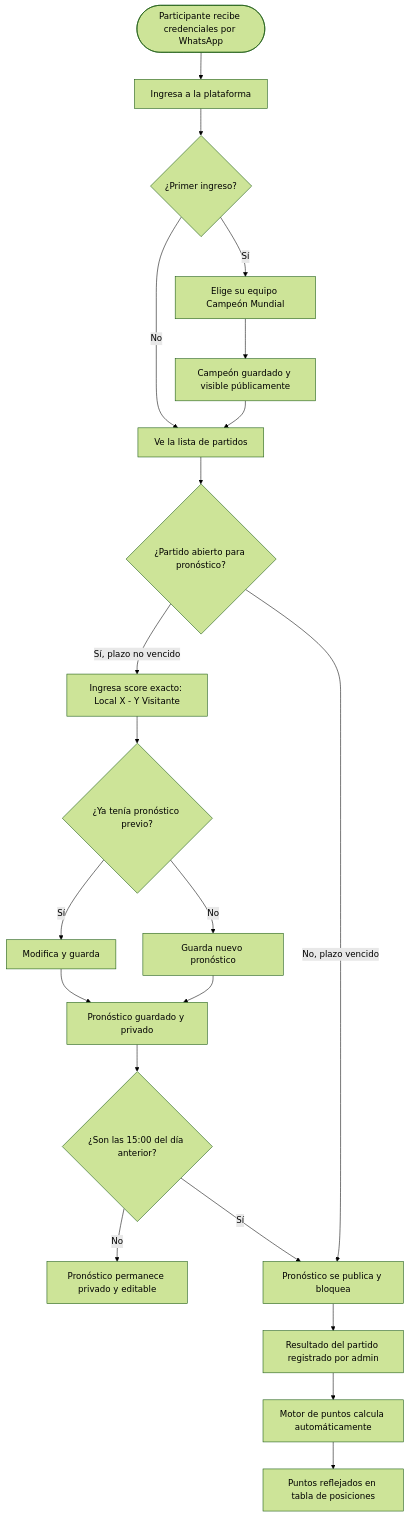
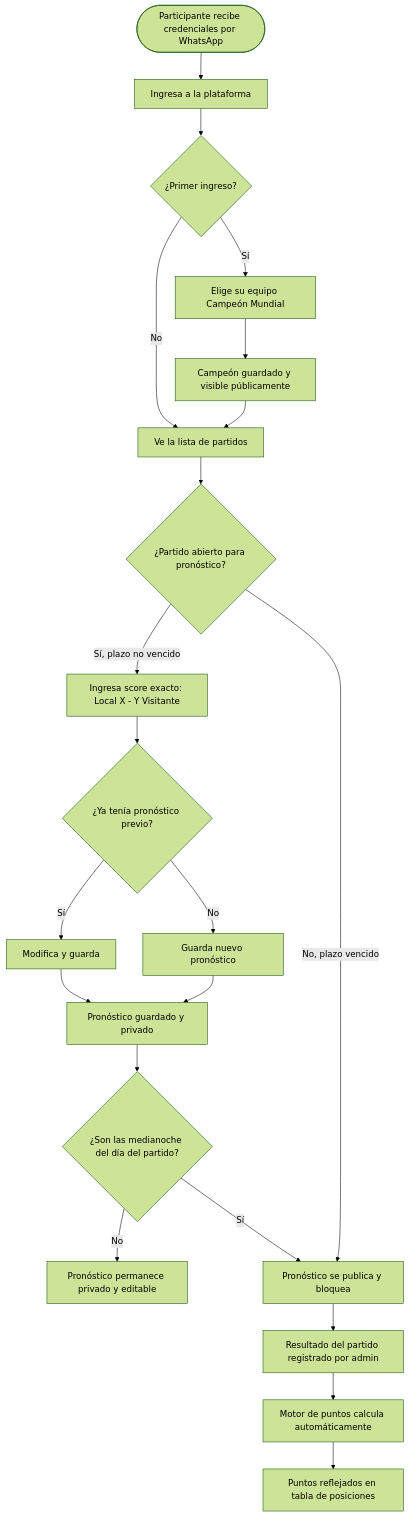
One commit to cgomez-mpsia/pronostico-mundial-2026 changed the first of 3 diagrams in docs/PRD_v0.1.md. Above: the diagram before and after it, drawn with Mermaid (forest theme). The commit also changed other lines of this file and 8 other files, not shown here.

````diff
--- a/docs/PRD_v0.1.md
+++ b/docs/PRD_v0.1.md
@@ -166,23 +166,23 @@
 ```mermaid
 flowchart TD
     A([Participante recibe credenciales por WhatsApp]) --> B[Ingresa a la plataforma]
     B --> C{¿Primer ingreso?}
     C -->|Sí| D[Elige su equipo Campeón Mundial]
     D --> E[Campeón guardado y visible públicamente]
     C -->|No| F[Ve la lista de partidos]
     E --> F
     F --> G{¿Partido abierto para pronóstico?}
     G -->|Sí, plazo no vencido| H[Ingresa score exacto: Local X - Y Visitante]
     H --> I{¿Ya tenía pronóstico previo?}
     I -->|Sí| J[Modifica y guarda]
     I -->|No| K[Guarda nuevo pronóstico]
     J --> L[Pronóstico guardado y privado]
     K --> L
-    L --> M{¿Son las 15:00 del día anterior?}
+    L --> M{¿Son las medianoche del día del partido?}
     M -->|No| N[Pronóstico permanece privado y editable]
     M -->|Sí| O[Pronóstico se publica y bloquea]
     G -->|No, plazo vencido| O
     O --> P[Resultado del partido registrado por admin]
     P --> Q[Motor de puntos calcula automáticamente]
     Q --> R[Puntos reflejados en tabla de posiciones]
 ```
````
